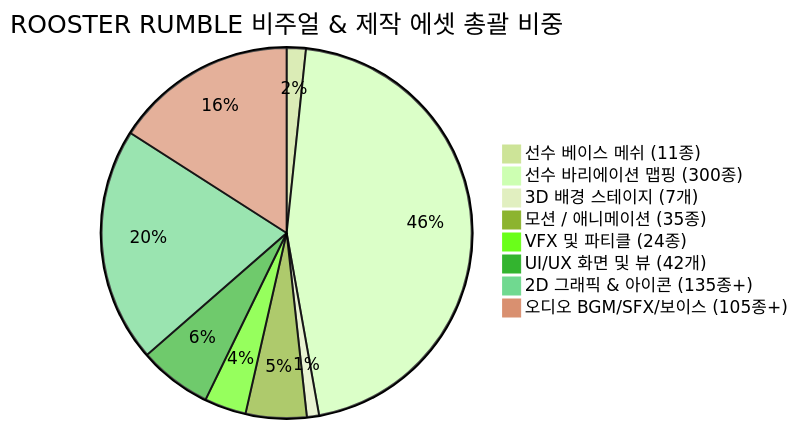
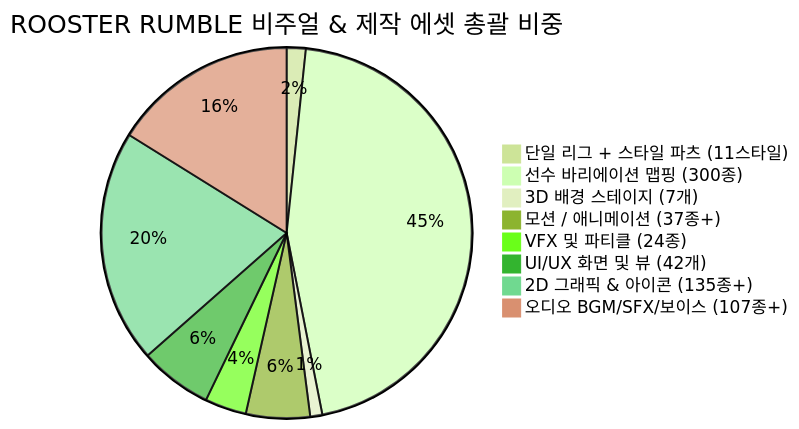
Before and after one commit to fingerfinger/rooster-rumble: the first of 2 diagrams in docs/common/data/ROOSTER_RUMBLE_구성요소_볼륨_산정서.md, drawn with Mermaid (forest theme). The commit also changed other lines of this file and 73 other files, not shown here.

````diff
--- a/docs/common/data/ROOSTER_RUMBLE_구성요소_볼륨_산정서.md
+++ b/docs/common/data/ROOSTER_RUMBLE_구성요소_볼륨_산정서.md
@@ -132,11 +135,11 @@
 ```mermaid
 pie title ROOSTER RUMBLE 비주얼 & 제작 에셋 총괄 비중
-    "선수 베이스 메쉬 (11종)" : 11
+    "단일 리그 + 스타일 파츠 (11스타일)" : 11
     "선수 바리에이션 맵핑 (300종)" : 300
     "3D 배경 스테이지 (7개)" : 7
-    "모션 / 애니메이션 (35종)" : 35
+    "모션 / 애니메이션 (37종+)" : 37
     "VFX 및 파티클 (24종)" : 24
     "UI/UX 화면 및 뷰 (42개)" : 42
     "2D 그래픽 & 아이콘 (135종+)" : 135
-    "오디오 BGM/SFX/보이스 (105종+)" : 105
+    "오디오 BGM/SFX/보이스 (107종+)" : 107
 ```
````
